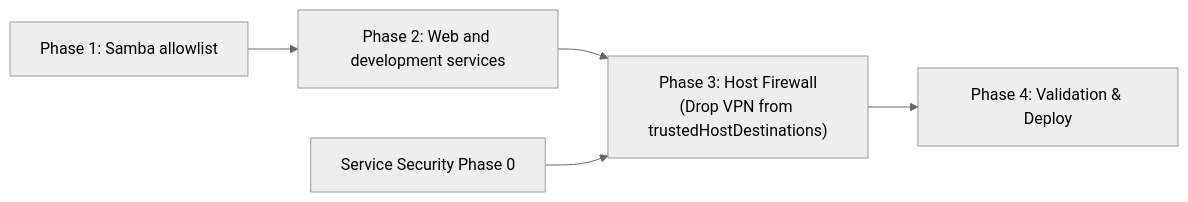
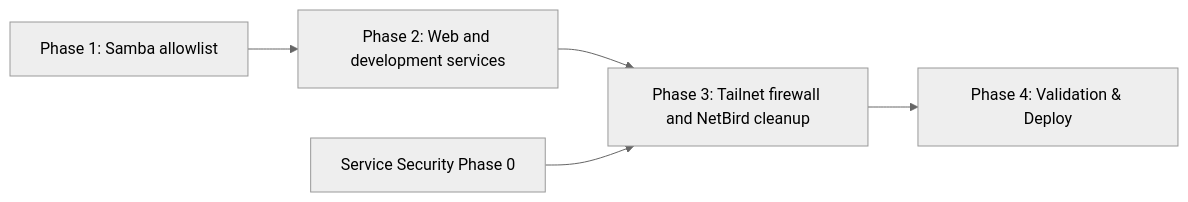
The second of 2 diagrams in docs/src/plans/vpn-to-lan-migration-plan.md (categoricalcat/nixos), drawn with Mermaid (neutral theme) before and after one commit. The commit also changed other lines of this file and 13 other files, not shown here.

````diff
--- a/docs/src/plans/vpn-to-lan-migration-plan.md
+++ b/docs/src/plans/vpn-to-lan-migration-plan.md
@@ -217,11 +228,11 @@
 ```mermaid
 flowchart LR
     P1["Phase 1: Samba allowlist"]
     P2["Phase 2: Web and development services"]
-    P3["Phase 3: Host Firewall<br/>(Drop VPN from trustedHostDestinations)"]
+    P3["Phase 3: Tailnet firewall and NetBird cleanup"]
     P4["Phase 4: Validation & Deploy"]
     SEC0["Service Security Phase 0"]
 
     P1 --> P2 --> P3 --> P4
     SEC0 --> P3
 ```
````
